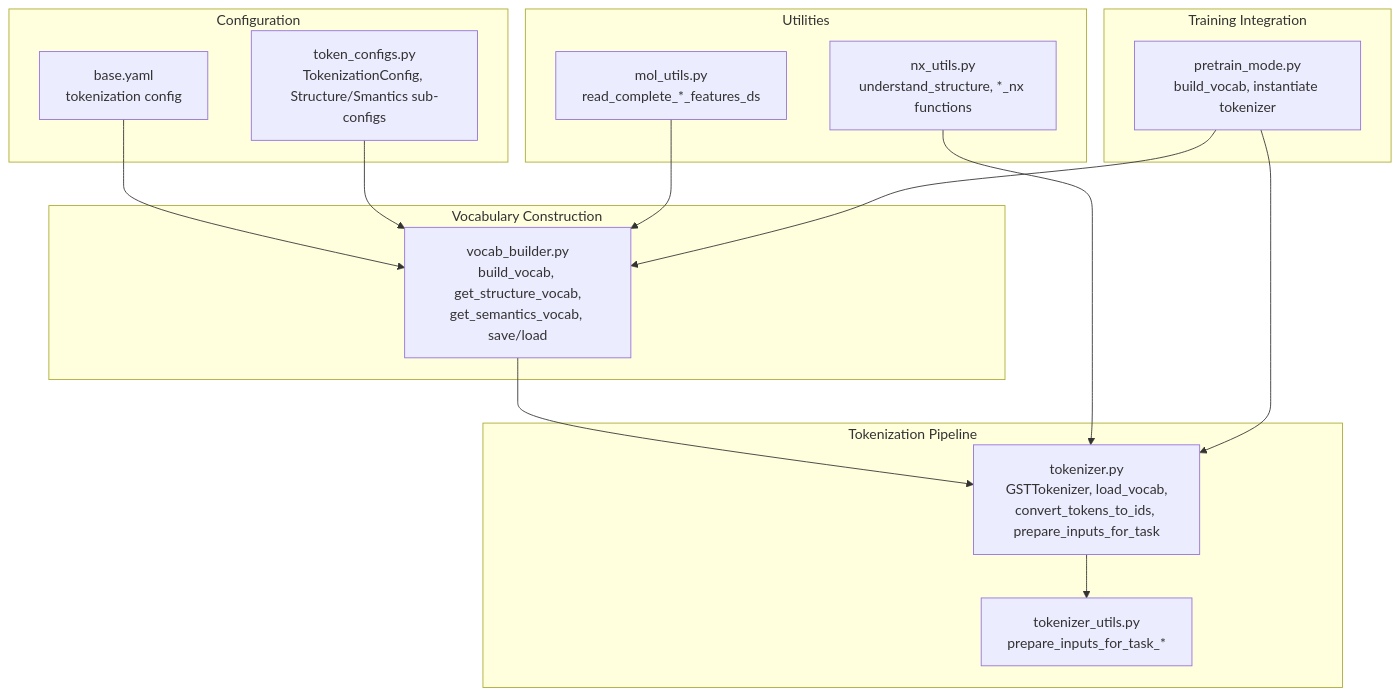
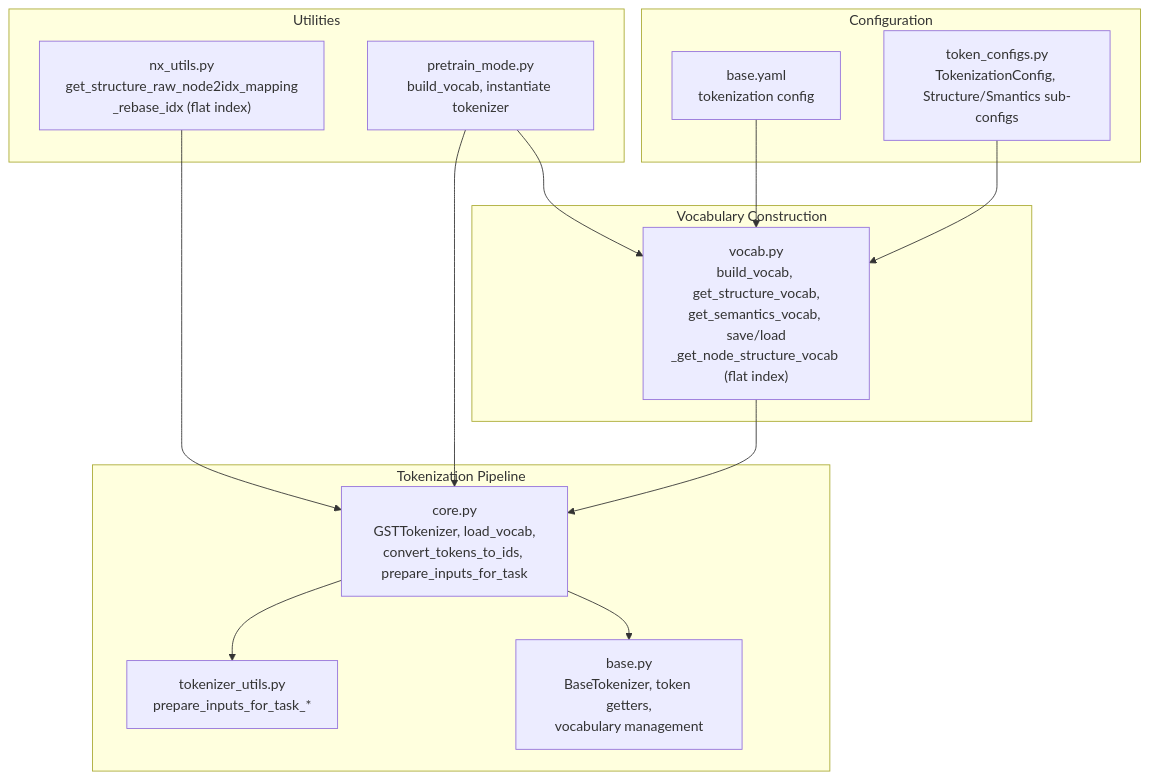
Before and after one commit to alibaba/graph-gpt: the first of 5 diagrams in .qoder/repowiki/en/content/Tokenization System/Vocabulary Building System.md, drawn with Mermaid. The commit also changed other lines of this file and 5 other files, not shown here.

Commit message:
fix bugs of removing node_base and add Qoder wiki

````diff
--- a/.qoder/repowiki/en/content/Tokenization System/Vocabulary Building System.md
+++ b/.qoder/repowiki/en/content/Tokenization System/Vocabulary Building System.md
@@ -36,29 +43,27 @@
 ```mermaid
 graph TB
 subgraph "Vocabulary Construction"
-VB["vocab_builder.py<br/>build_vocab, get_structure_vocab,<br/>get_semantics_vocab, save/load"]
+VB["vocab.py<br/>build_vocab, get_structure_vocab,<br/>get_semantics_vocab, save/load<br/>_get_node_structure_vocab (flat index)"]
 end
 subgraph "Tokenization Pipeline"
-TK["tokenizer.py<br/>GSTTokenizer, load_vocab,<br/>convert_tokens_to_ids, prepare_inputs_for_task"]
+TK["core.py<br/>GSTTokenizer, load_vocab,<br/>convert_tokens_to_ids, prepare_inputs_for_task"]
+BASE["base.py<br/>BaseTokenizer, token getters,<br/>vocabulary management"]
 TU["tokenizer_utils.py<br/>prepare_inputs_for_task_*"]
 end
 subgraph "Configuration"
 CFG["base.yaml<br/>tokenization config"]
 TCFG["token_configs.py<br/>TokenizationConfig, Structure/Smantics sub-configs"]
 end
 subgraph "Utilities"
-MU["mol_utils.py<br/>read_complete_*_features_ds"]
-NXU["nx_utils.py<br/>understand_structure, *_nx functions"]
-end
-subgraph "Training Integration"
+NXU["nx_utils.py<br/>get_structure_raw_node2idx_mapping<br/>_rebase_idx (flat index)"]
 PM["pretrain_mode.py<br/>build_vocab, instantiate tokenizer"]
 end
 CFG --> VB
 TCFG --> VB
 VB --> TK
+TK --> BASE
 TK --> TU
-MU --> VB
 NXU --> TK
 PM --> VB
 PM --> TK
 ```
````
